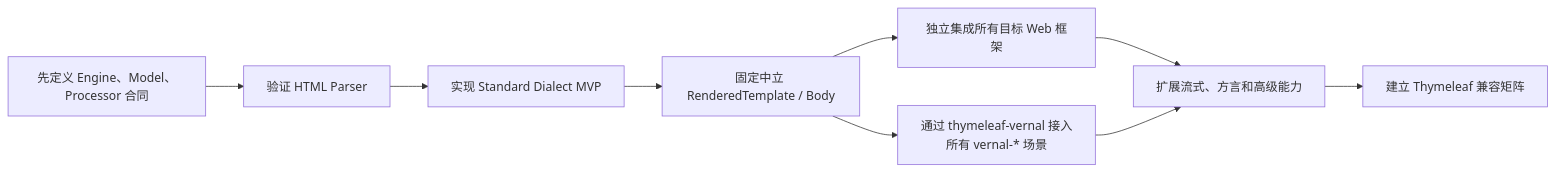
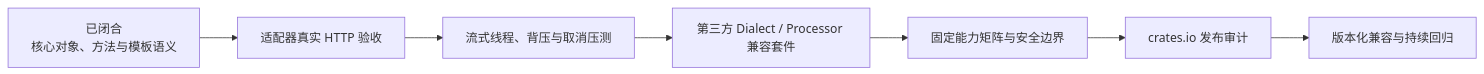
One commit to easy-4-rust/thymeleaf-rust changed diagram 13 of 13 in docs/Thymeleaf-Rust-可行性与架构设计.md. Above: the diagram before and after it, drawn with Mermaid. The commit also changed other lines of this file and 270 other files, not shown here.

````diff
--- a/docs/Thymeleaf-Rust-可行性与架构设计.md
+++ b/docs/Thymeleaf-Rust-可行性与架构设计.md
@@ -1876,11 +2300,9 @@
 ```mermaid
 flowchart LR
-    A["先定义 Engine、Model、Processor 合同"] --> B["验证 HTML Parser"]
-    B --> C["实现 Standard Dialect MVP"]
-    C --> D["固定中立 RenderedTemplate / Body"]
-    D --> E["独立集成所有目标 Web 框架"]
-    D --> F["通过 thymeleaf-vernal 接入所有 vernal-* 场景"]
-    E --> G["扩展流式、方言和高级能力"]
-    F --> G
-    G --> H["建立 Thymeleaf 兼容矩阵"]
+    A["已闭合<br/>核心对象、方法与模板语义"] --> B["适配器真实 HTTP 验收"]
+    B --> C["流式线程、背压与取消压测"]
+    C --> D["第三方 Dialect / Processor 兼容套件"]
+    D --> E["固定能力矩阵与安全边界"]
+    E --> F["crates.io 发布审计"]
+    F --> G["版本化兼容与持续回归"]
 ```
````
